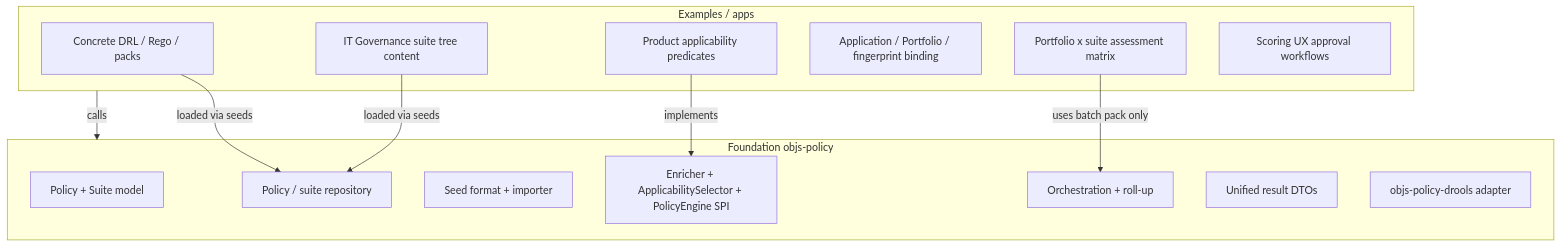
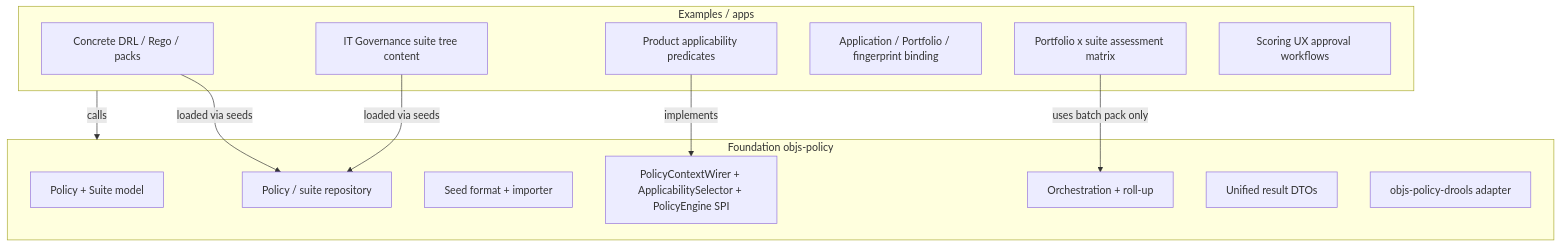
Before and after one commit to qpointz/objs: the third of 20 diagrams in docs/design/policy/overview.md, drawn with Mermaid. The commit also changed other lines of this file and 20 other files, not shown here.

````diff
--- a/docs/design/policy/overview.md
+++ b/docs/design/policy/overview.md
@@ -88,25 +124,25 @@
 ```mermaid
 flowchart TB
   subgraph foundation [Foundation objs-policy]
     Model[Policy + Suite model]
     Store[Policy / suite repository]
     SeedsFmt[Seed format + importer]
-    SPI[Enricher + ApplicabilitySelector + PolicyEngine SPI]
+    SPI[PolicyContextWirer + ApplicabilitySelector + PolicyEngine SPI]
     Orch[Orchestration + roll-up]
     Result[Unified result DTOs]
     Drools[objs-policy-drools adapter]
   end
   subgraph product [Examples / apps]
     Content[Concrete DRL / Rego / packs]
     Tree[IT Governance suite tree content]
     Select[Product applicability predicates]
     Bind[Application / Portfolio / fingerprint binding]
     Matrix[Portfolio x suite assessment matrix]
     UX[Scoring UX approval workflows]
   end
   product -->|calls| foundation
   Content -->|loaded via seeds| Store
   Tree -->|loaded via seeds| Store
   Select -->|implements| SPI
   Matrix -->|uses batch pack only| Orch
 ```
````
